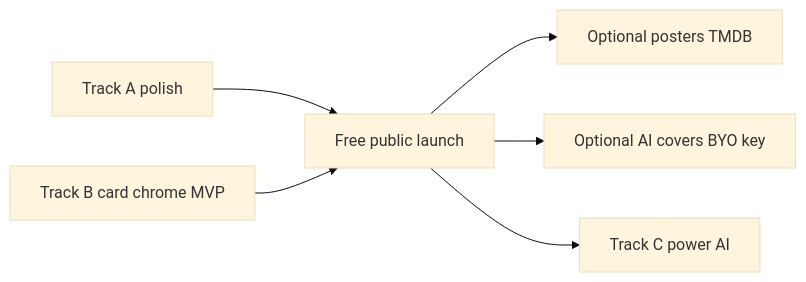
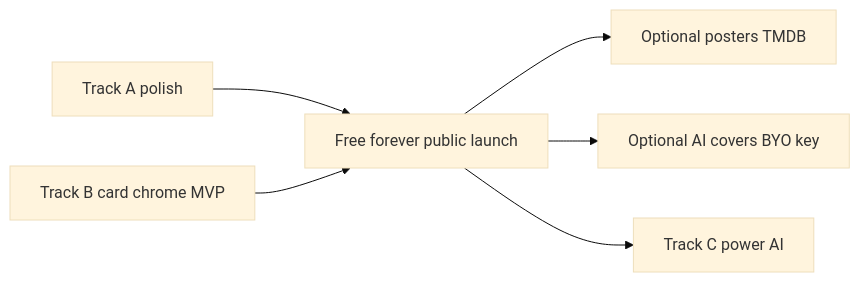
One commit to pkleim10/Skagway changed the third of 3 diagrams in docs/SKAGWAY-GTM-PLAN.md. Above: the diagram before and after it, drawn with Mermaid (base theme). The commit also changed other lines of this file and 2 other files, not shown here.

First line of the commit message:
Lock Skagway GTM to free forever (no later paywall).

````diff
--- a/docs/SKAGWAY-GTM-PLAN.md
+++ b/docs/SKAGWAY-GTM-PLAN.md
@@ -434,13 +396,13 @@
 ```mermaid
 flowchart LR
   polishA[Track A polish]
   chromeB[Track B card chrome MVP]
-  launch[Free public launch]
+  launch[Free forever public launch]
   postersB2[Optional posters TMDB]
   trackC[Track C power AI]
   polishA --> launch
   chromeB --> launch
   launch --> postersB2
   launch --> aiCoversB3[Optional AI covers BYO key]
   launch --> trackC
 ```
````
